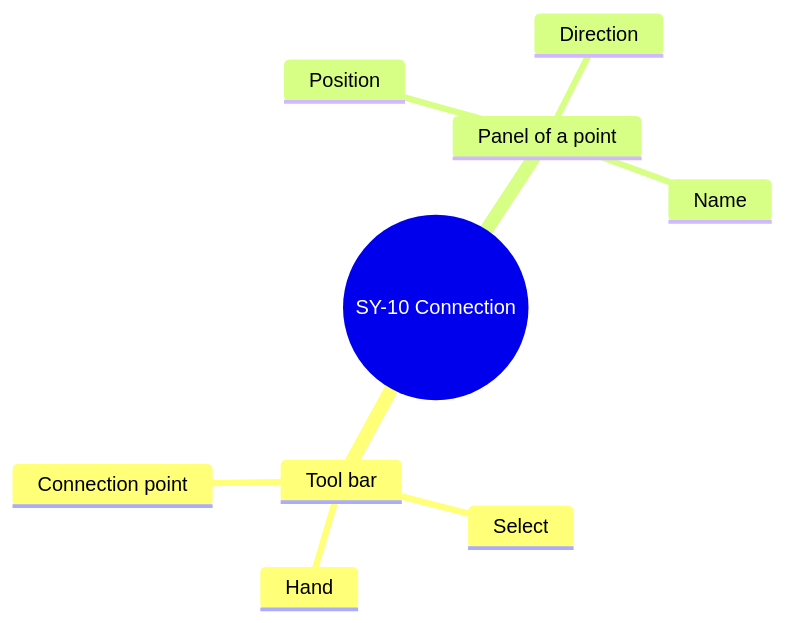
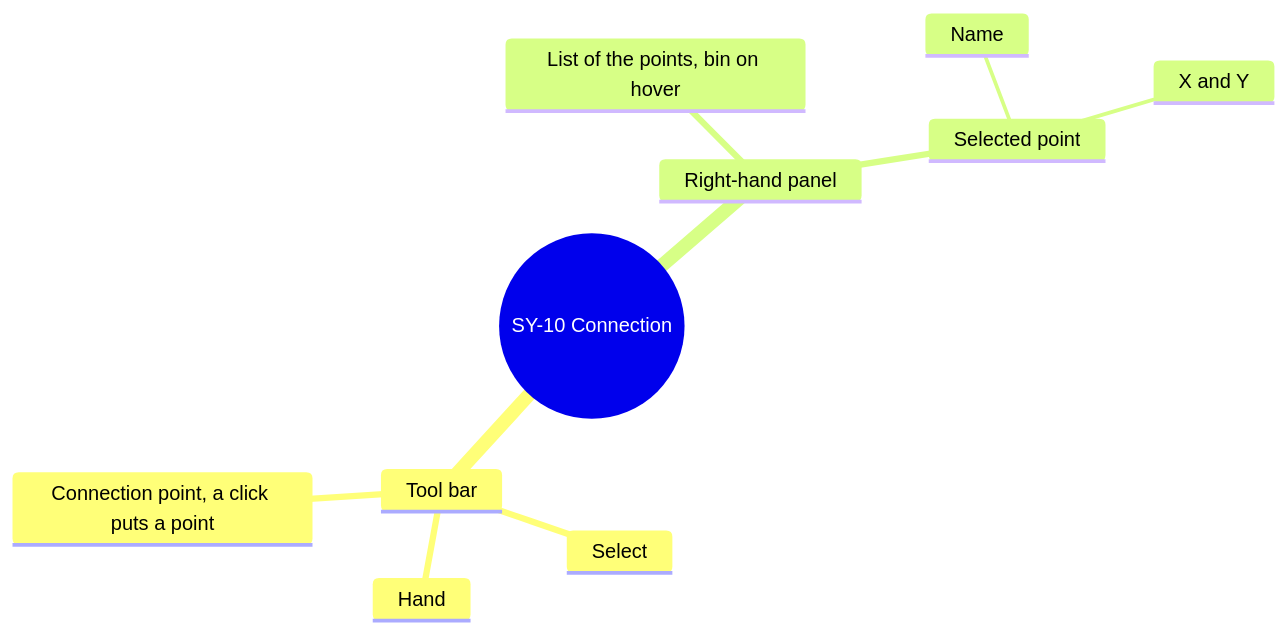
One commit to AlexandreGallais/synoptic-studio-spec changed diagram 12 of 16 in screens/symbols.md. Above: the diagram before and after it, drawn with Mermaid. The commit also changed other lines of this file and 20 other files, not shown here.

````diff
--- a/screens/symbols.md
+++ b/screens/symbols.md
@@ -532,12 +536,13 @@
 ```mermaid
 mindmap
   root((SY-10 Connection))
     Tool bar
       Select
       Hand
-      Connection point
-    Panel of a point
-      Position
-      Direction
-      Name
+      Connection point, a click puts a point
+    Right-hand panel
+      List of the points, bin on hover
+      Selected point
+        Name
+        X and Y
 ```
````
